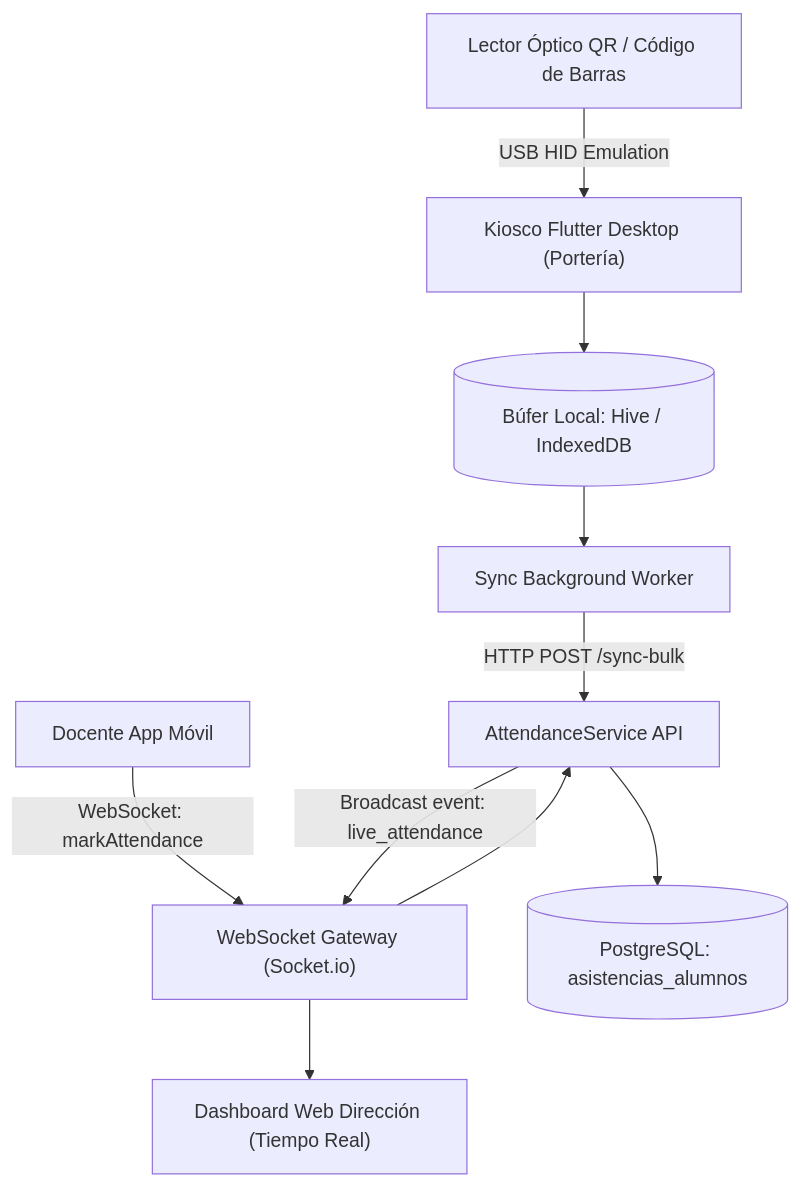
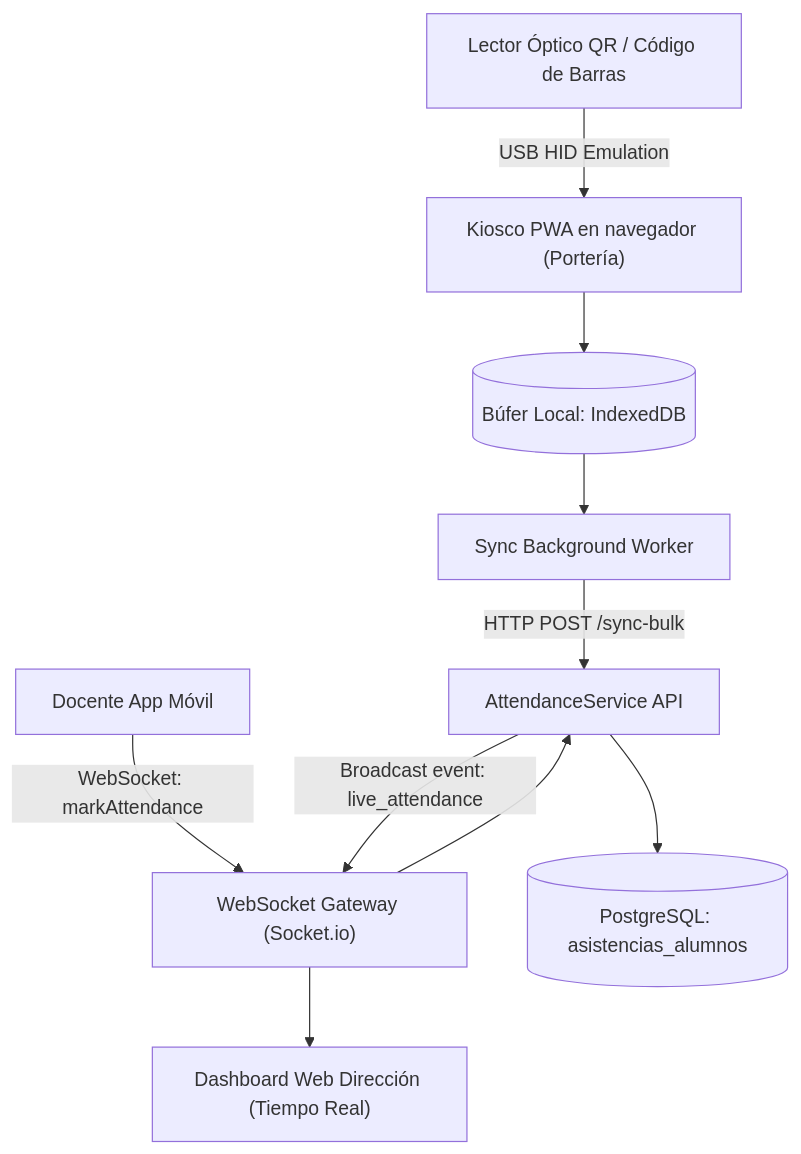
One commit to Eduardo-Sebastian-Paipay-Vega/school-management-system changed the diagram in D - Base 1 - 01092026/Fase 2/Arquitectura/Squad 2 - Matricula y Asistencia/README.md. Above: the diagram before and after it, drawn with Mermaid. The commit also changed other lines of this file and 38 other files, not shown here.

````diff
--- a/D - Base 1 - 01092026/Fase 2/Arquitectura/Squad 2 - Matricula y Asistencia/README.md
+++ b/D - Base 1 - 01092026/Fase 2/Arquitectura/Squad 2 - Matricula y Asistencia/README.md
@@ -27,13 +27,13 @@
 ```mermaid
 graph TD
-    Scanner["Lector Óptico QR / Código de Barras"] -->|USB HID Emulation| Kiosk["Kiosco Flutter Desktop (Portería)"]
-    Kiosk --> LocalBox[(Búfer Local: Hive / IndexedDB)]
+    Scanner["Lector Óptico QR / Código de Barras"] -->|USB HID Emulation| Kiosk["Kiosco PWA en navegador (Portería)"]
+    Kiosk --> LocalBox[(Búfer Local: IndexedDB)]
     LocalBox --> SyncWorker["Sync Background Worker"]
     SyncWorker -->|HTTP POST /sync-bulk| Backend["AttendanceService API"]
     
     MobileDocente["Docente App Móvil"] -->|WebSocket: markAttendance| WSServer["WebSocket Gateway (Socket.io)"]
     WSServer --> Backend
     Backend --> DB[(PostgreSQL: asistencias_alumnos)]
     Backend -->|Broadcast event: live_attendance| WSServer
     WSServer --> MonitorDireccion["Dashboard Web Dirección (Tiempo Real)"]
 ```
````
